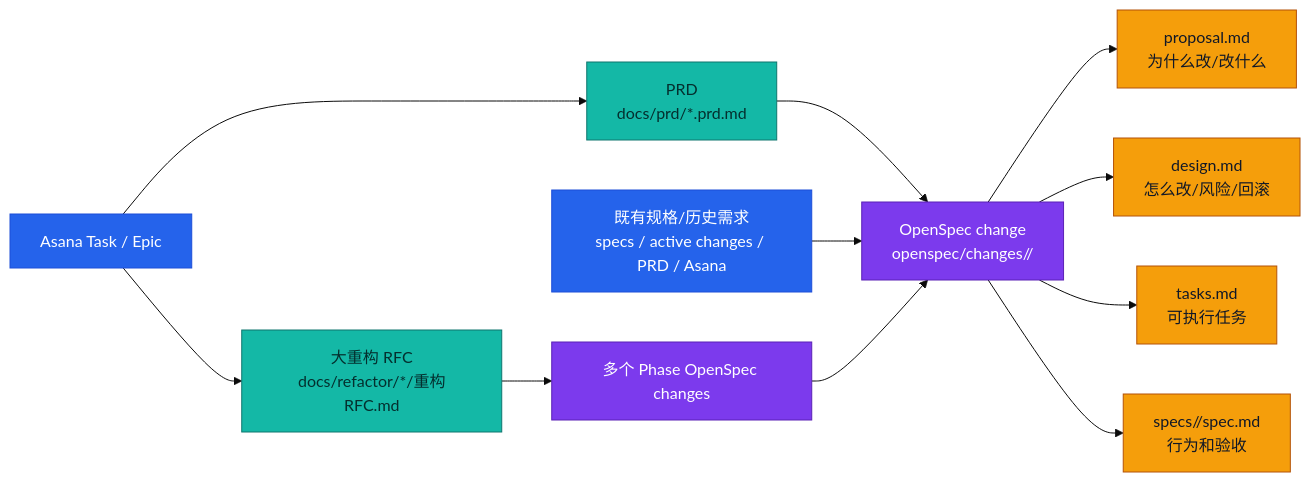
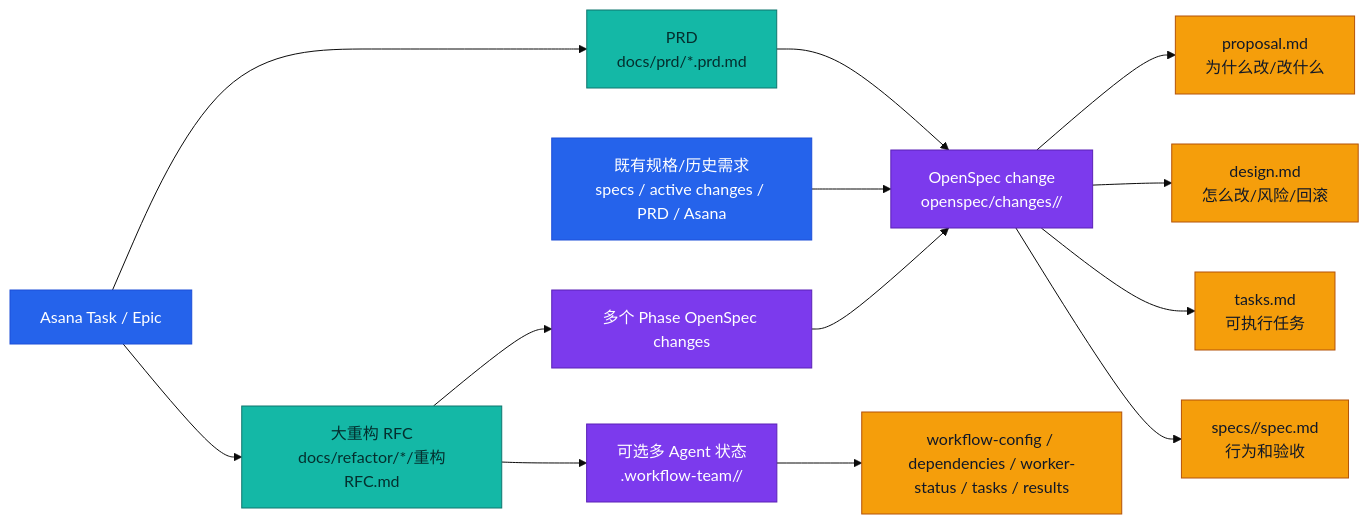
The fourth of 4 diagrams in 流程图.md (guobang1998/asana-openspec-java-workflow), drawn with Mermaid (base theme) before and after one commit. The commit also changed other lines of this file and 18 other files, not shown here.

````diff
--- a/流程图.md
+++ b/流程图.md
@@ -118,24 +127,26 @@
 ```mermaid
 flowchart LR
   A["Asana Task / Epic"] --> B["PRD<br/>docs/prd/*.prd.md"]
   B --> C["OpenSpec change<br/>openspec/changes/<change-id>/"]
   J["既有规格/历史需求<br/>specs / active changes / PRD / Asana"] --> C
   C --> D["proposal.md<br/>为什么改/改什么"]
   C --> E["design.md<br/>怎么改/风险/回滚"]
   C --> F["tasks.md<br/>可执行任务"]
   C --> G["specs/<capability>/spec.md<br/>行为和验收"]
 
   A --> H["大重构 RFC<br/>docs/refactor/*/重构RFC.md"]
   H --> I["多个 Phase OpenSpec changes"]
+  H --> K["可选多 Agent 状态<br/>.workflow-team/<change-id>/"]
+  K --> L["workflow-config / dependencies / worker-status / tasks / results"]
   I --> C
 
   classDef source fill:#2563eb,color:#fff,stroke:#1d4ed8;
   classDef prd fill:#14b8a6,color:#042f2e,stroke:#0f766e;
   classDef spec fill:#7c3aed,color:#fff,stroke:#5b21b6;
   classDef file fill:#f59e0b,color:#111827,stroke:#b45309;
 
   class A,J source;
   class B,H prd;
-  class C,I spec;
-  class D,E,F,G file;
+  class C,I,K spec;
+  class D,E,F,G,L file;
 ```
````
